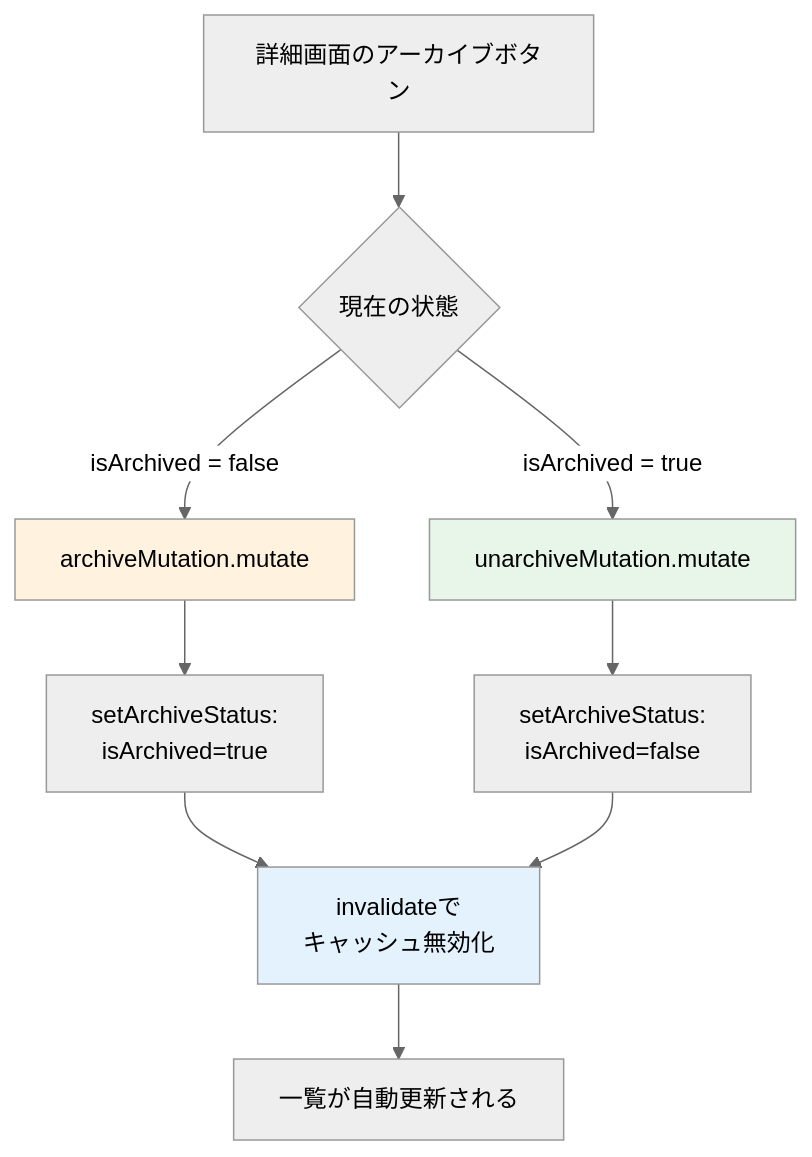
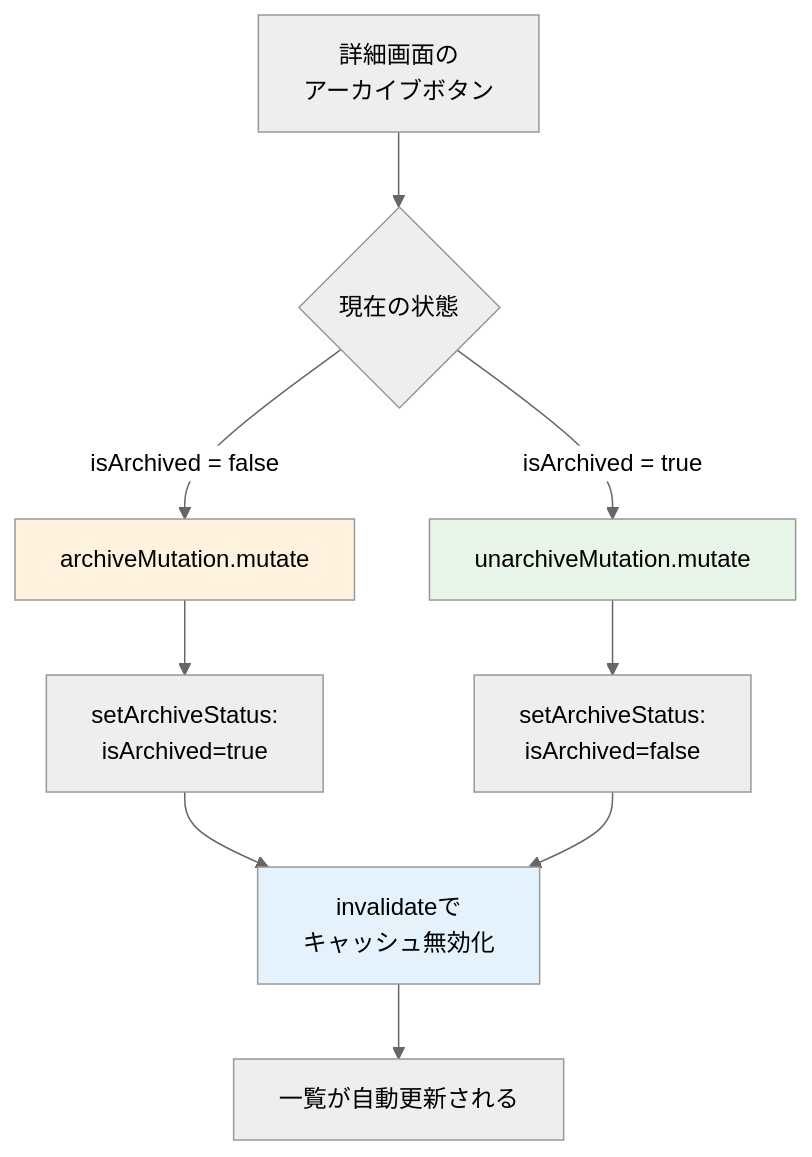
The third of 3 diagrams in material/30days-curriculum/day11_プロジェクト編集・削除.md (kouiso/task-app), drawn with Mermaid (neutral theme) before and after one commit. The commit also changed 3 other files, not shown here.

First line of the commit message:
fix(material): Mermaidラベルの自動折れと行内コードオーバーフローを解消 (#733)

````diff
--- a/material/30days-curriculum/day11_プロジェクト編集・削除.md
+++ b/material/30days-curriculum/day11_プロジェクト編集・削除.md
@@ -909,15 +909,15 @@
 ```mermaid
 flowchart TD
-    A[詳細画面のアーカイブボタン] --> B{現在の状態}
+    A[詳細画面の<br/>アーカイブボタン] --> B{現在の状態}
     B -->|isArchived = false| C[archiveMutation.mutate]
     B -->|isArchived = true| D[unarchiveMutation.mutate]
     C --> E[setArchiveStatus:<br/>isArchived=true]
     D --> F[setArchiveStatus:<br/>isArchived=false]
     E --> G[invalidateで<br/>キャッシュ無効化]
     F --> G
     G --> H[一覧が自動更新される]
 
     style C fill:#fff3e0
     style D fill:#e8f5e9
     style G fill:#e3f2fd
 ```
````
